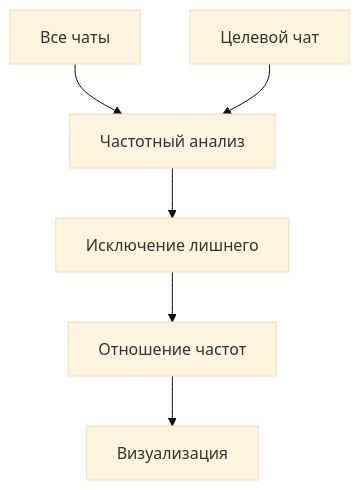
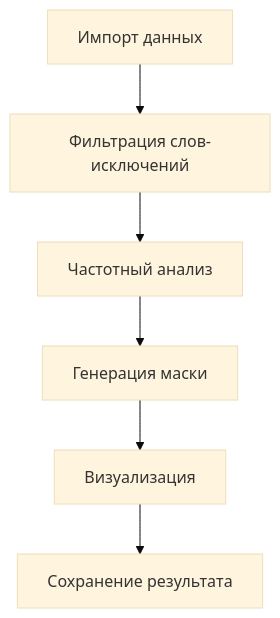
The diagram in README.md (Manshooo/telegram-export-analysis), drawn with Mermaid (base theme) before and after one commit. The commit also changed other lines of this file and 3 other files, not shown here.

````diff
--- a/README.md
+++ b/README.md
@@ -95,8 +85,8 @@
 ```mermaid
 graph TD
-    A[Все чаты] --> B[Частотный анализ]
-    C[Целевой чат] --> B
-    B --> D[Исключение лишнего]
-    D --> E[Отношение частот]
-    E --> F[Визуализация]
+    A[Импорт данных] --> B[Фильтрация слов-исключений]
+    B --> C[Частотный анализ]
+    C --> D[Генерация маски]
+    D --> E[Визуализация]
+    E --> F[Сохранение результата]
 ```
````
